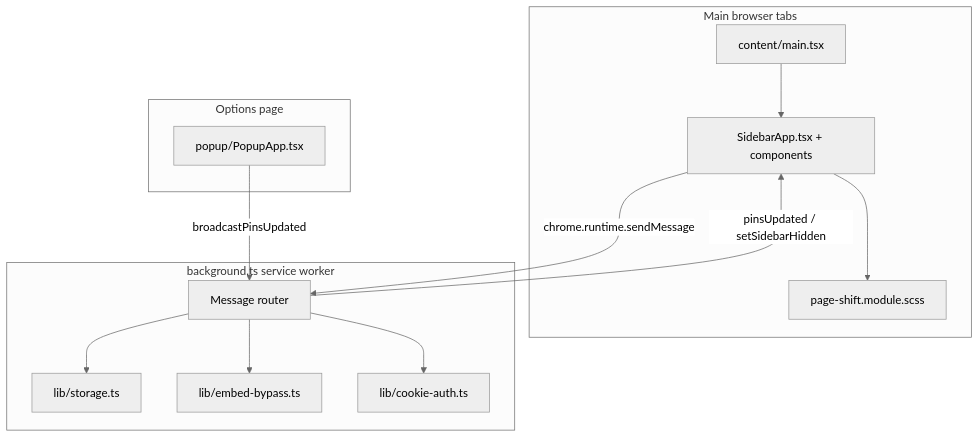
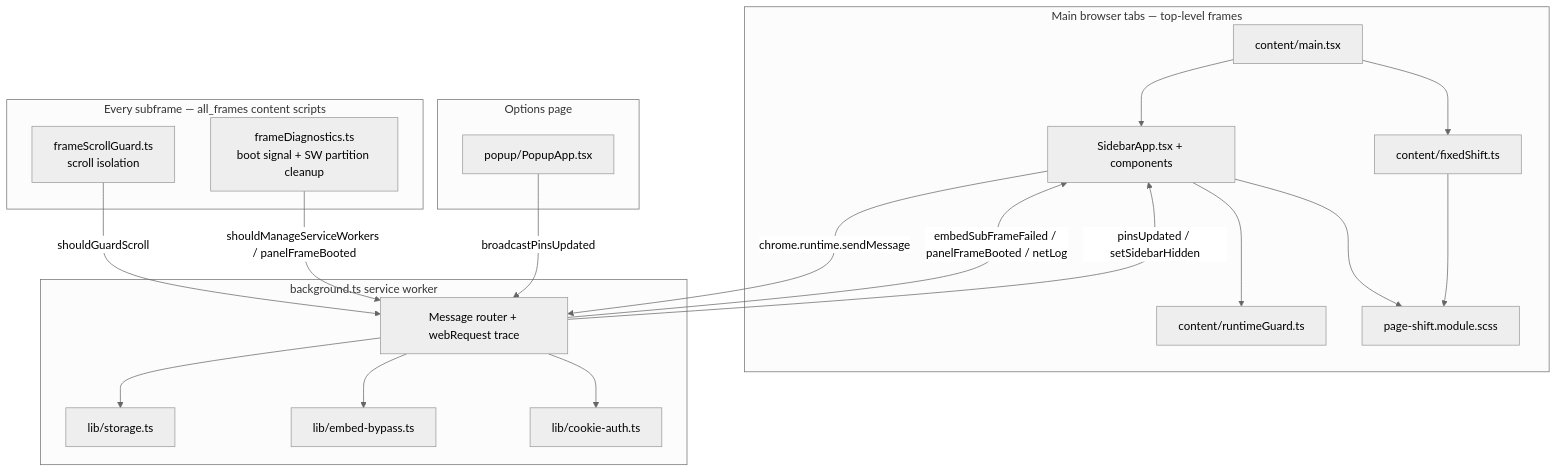
The diagram in docs/IMPLEMENTATION.md (bryanChatsirichai/chrome_sidebar_extension), drawn with Mermaid (neutral theme) before and after one commit. The commit also changed other lines of this file and 2 other files, not shown here.

````diff
--- a/docs/IMPLEMENTATION.md
+++ b/docs/IMPLEMENTATION.md
@@ -19,28 +21,41 @@
 ```mermaid
 flowchart TB
-  subgraph pages [Main browser tabs]
+  subgraph pages [Main browser tabs — top-level frames]
     MAIN[content/main.tsx]
     SA[SidebarApp.tsx + components]
+    RG[content/runtimeGuard.ts]
+    FS[content/fixedShift.ts]
     PSC[page-shift.module.scss]
     MAIN --> SA
+    MAIN --> FS
+    SA --> RG
     SA --> PSC
+    FS --> PSC
+  end
+
+  subgraph frames [Every subframe — all_frames content scripts]
+    FSG[frameScrollGuard.ts<br/>scroll isolation]
+    FD[frameDiagnostics.ts<br/>boot signal + SW partition cleanup]
   end
 
   subgraph sw [background.ts service worker]
-    BG[Message router]
+    BG[Message router + webRequest trace]
     ST[lib/storage.ts]
     EB[lib/embed-bypass.ts]
     CA[lib/cookie-auth.ts]
   end
 
   subgraph options [Options page]
     POP[popup/PopupApp.tsx]
   end
 
   SA -->|chrome.runtime.sendMessage| BG
   BG --> EB
   BG --> CA
   BG --> ST
+  FSG -->|shouldGuardScroll| BG
+  FD -->|shouldManageServiceWorkers / panelFrameBooted| BG
+  BG -->|embedSubFrameFailed / panelFrameBooted / netLog| SA
   POP -->|broadcastPinsUpdated| BG
   BG -->|pinsUpdated / setSidebarHidden| SA
 ```
````
